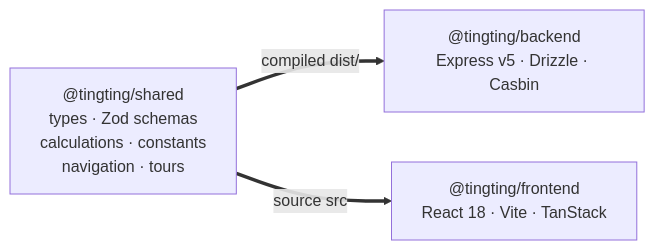
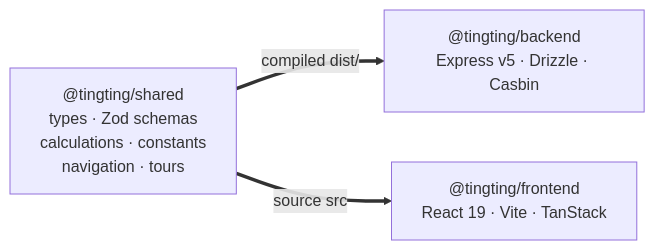
One commit to 4rankng/nepocorp changed the second of 11 diagrams in docs/architecture-diagrams.md. Above: the diagram before and after it, drawn with Mermaid. The commit also changed other lines of this file and 7 other files, not shown here.

````diff
--- a/docs/architecture-diagrams.md
+++ b/docs/architecture-diagrams.md
@@ -53,9 +53,9 @@
 ```mermaid
 flowchart LR
   SHARED["@tingting/shared<br/>types · Zod schemas<br/>calculations · constants<br/>navigation · tours"]
   BE["@tingting/backend<br/>Express v5 · Drizzle · Casbin"]
-  FE["@tingting/frontend<br/>React 18 · Vite · TanStack"]
+  FE["@tingting/frontend<br/>React 19 · Vite · TanStack"]
 
   SHARED ==>|"compiled dist/"| BE
   SHARED ==>|"source src"| FE
 ```
````
